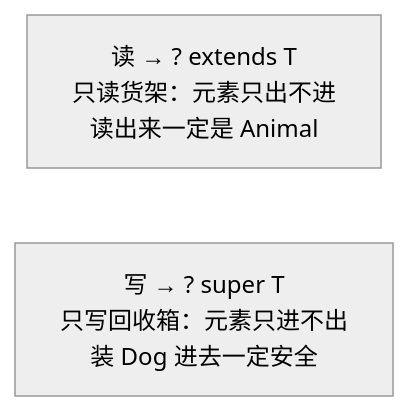
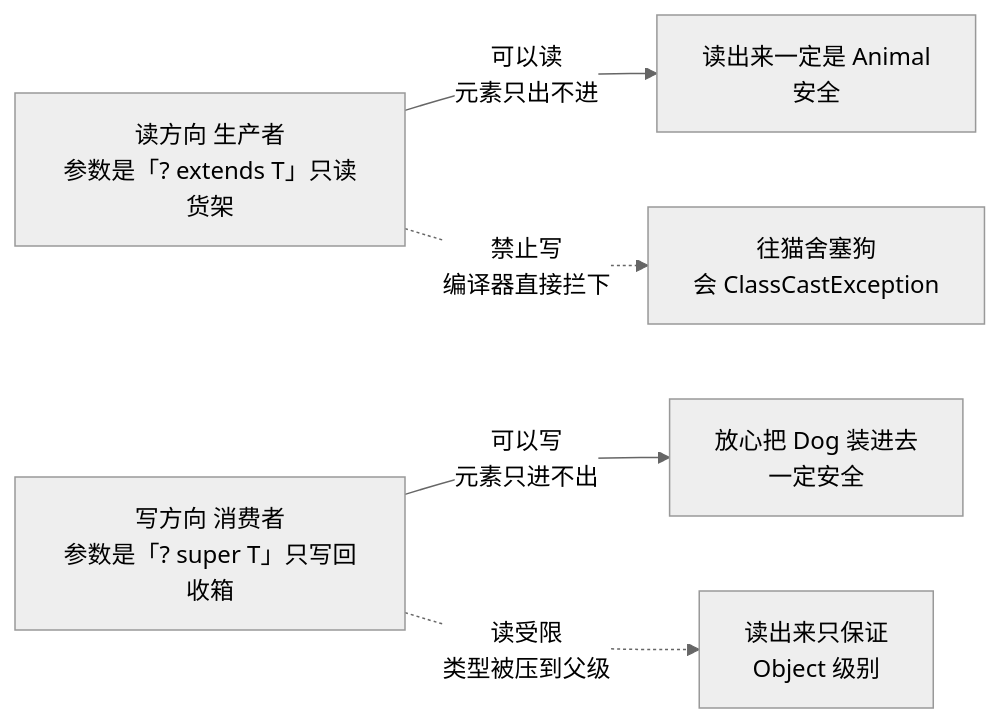
Before and after one commit to umlink/java-full-stack: the first of 3 diagrams in docs/01-阶段一-Java语言深化与JVM体系/03-泛型反射注解与动态代理.md, drawn with Mermaid (neutral theme). The commit also changed other lines of this file and 10 other files, not shown here.

First line of the commit message:
docs: 阶段一 11 讲排版深改，补图表与类比、拆文字墙降低阅读密度

````diff
--- a/docs/01-阶段一-Java语言深化与JVM体系/03-泛型反射注解与动态代理.md
+++ b/docs/01-阶段一-Java语言深化与JVM体系/03-泛型反射注解与动态代理.md
@@ -154,5 +154,7 @@
 ```mermaid
 flowchart LR
-    A[读 → ? extends T<br/>只读货架：元素只出不进<br/>读出来一定是 Animal]
-    B[写 → ? super T<br/>只写回收箱：元素只进不出<br/>装 Dog 进去一定安全]
+    P[读方向 生产者<br/>参数是「? extends T」只读货架] -->|可以读<br/>元素只出不进| P2[读出来一定是 Animal<br/>安全]
+    P -. 禁止写<br/>编译器直接拦下 .-> P3[往猫舍塞狗<br/>会 ClassCastException]
+    C[写方向 消费者<br/>参数是「? super T」只写回收箱] -->|可以写<br/>元素只进不出| C2[放心把 Dog 装进去<br/>一定安全]
+    C -. 读受限<br/>类型被压到父级 .-> C3[读出来只保证<br/>Object 级别]
 ```
````
